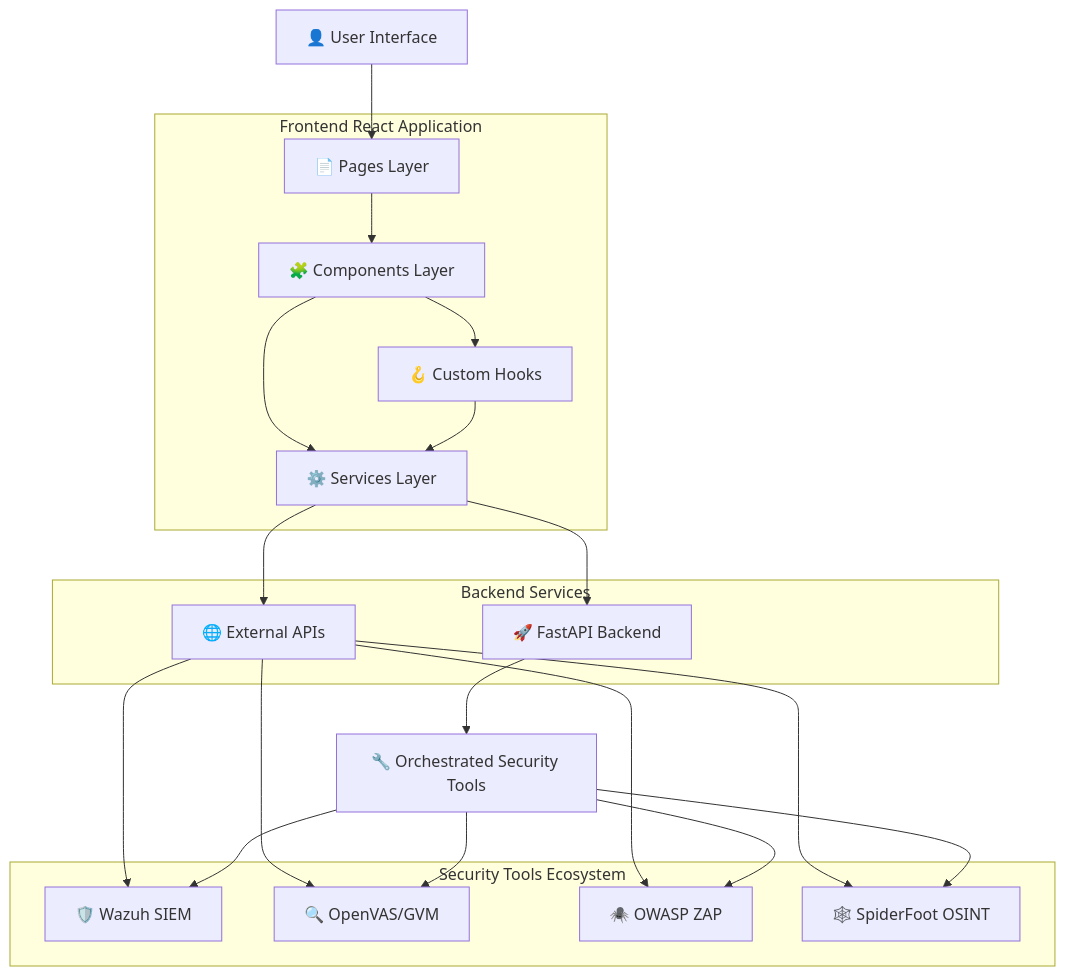
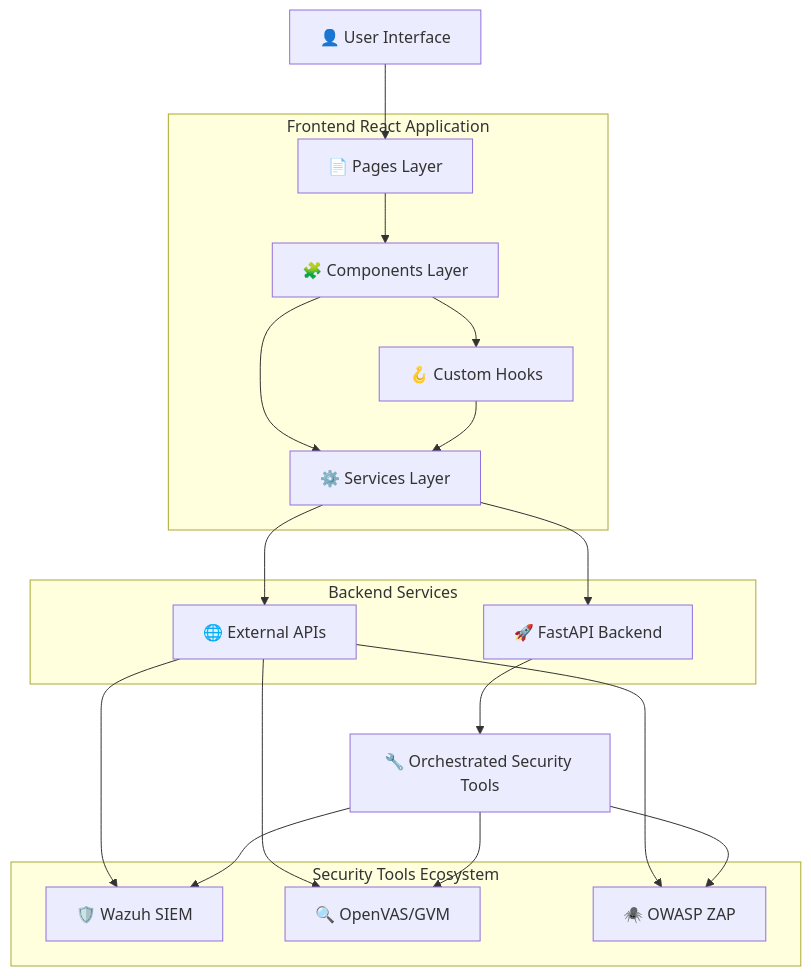
The first of 8 diagrams in docs/FILE_STRUCTURE_AND_ARCHITECTURE.md (ChristianUhlander/blue-core-nexus), drawn with Mermaid before and after one commit. The commit also changed other lines of this file, not shown here.

Commit message:
Remove Spiderfoot OSINT details

````diff
--- a/docs/FILE_STRUCTURE_AND_ARCHITECTURE.md
+++ b/docs/FILE_STRUCTURE_AND_ARCHITECTURE.md
@@ -19,35 +19,33 @@
 ```mermaid
 graph TB
     User[👤 User Interface] --> Pages[📄 Pages Layer]
     Pages --> Components[🧩 Components Layer]
     Components --> Hooks[🪝 Custom Hooks]
     Components --> Services[⚙️ Services Layer]
     Hooks --> Services
     Services --> APIs[🌐 External APIs]
     Services --> FastAPI[🚀 FastAPI Backend]
     
     subgraph "Frontend React Application"
         Pages
         Components
         Hooks
         Services
     end
     
     subgraph "Backend Services"
         FastAPI
         APIs
     end
     
     subgraph "Security Tools Ecosystem"
         APIs --> Wazuh[🛡️ Wazuh SIEM]
         APIs --> GVM[🔍 OpenVAS/GVM]
         APIs --> ZAP[🕷️ OWASP ZAP]
-        APIs --> SpiderFoot[🕸️ SpiderFoot OSINT]
     end
     
     FastAPI --> SecurityTools[🔧 Orchestrated Security Tools]
     SecurityTools --> Wazuh
     SecurityTools --> GVM
     SecurityTools --> ZAP
-    SecurityTools --> SpiderFoot
 ```
````
